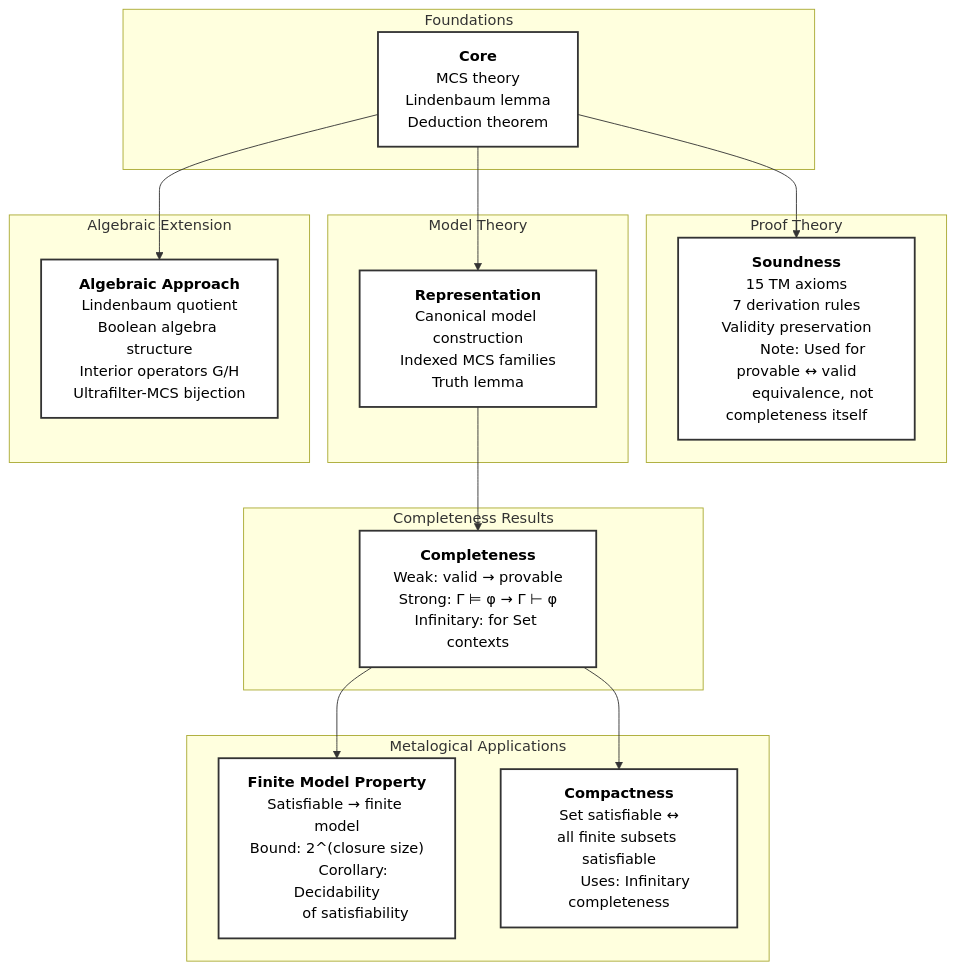
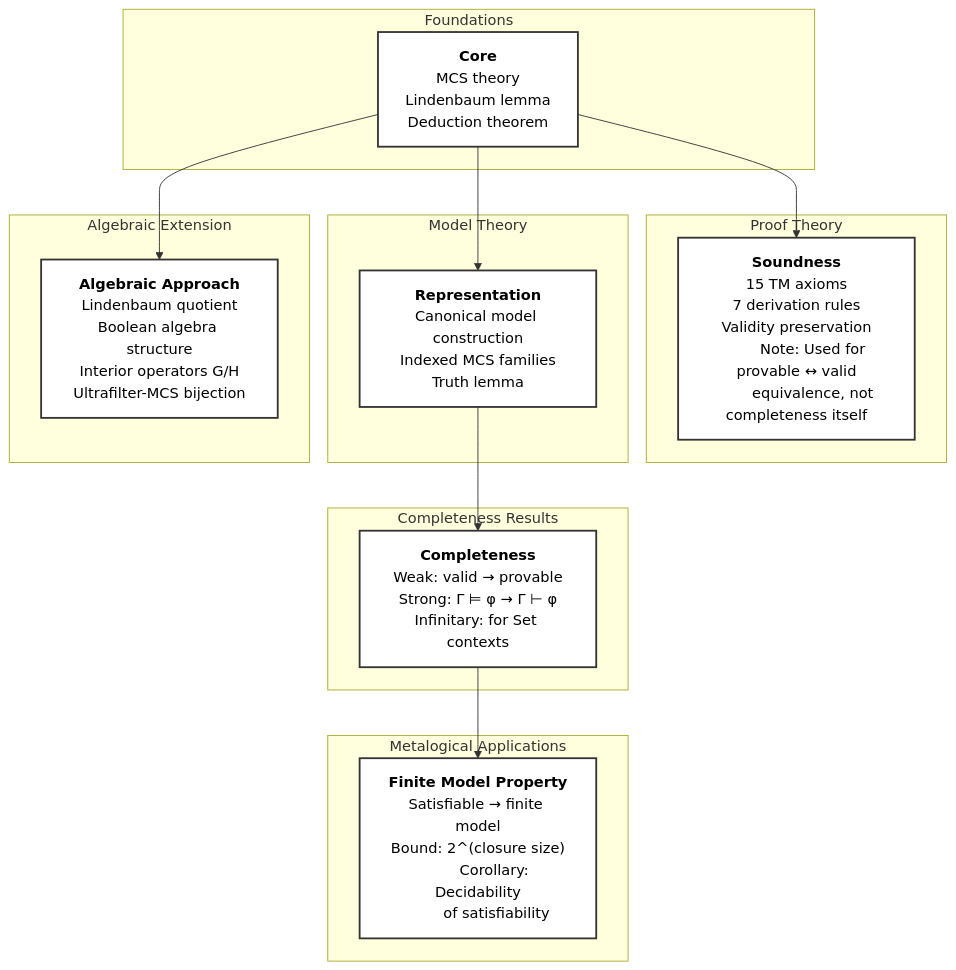
One commit to benbrastmckie/ProofChecker changed the diagram in Theories/Bimodal/Metalogic/README.md. Above: the diagram before and after it, drawn with Mermaid. The commit also changed other lines of this file and 25 other files, not shown here.

````diff
--- a/Theories/Bimodal/Metalogic/README.md
+++ b/Theories/Bimodal/Metalogic/README.md
@@ -92,64 +82,58 @@
 ```mermaid
 flowchart TD
     subgraph Foundations
         Core["`**Core**
         MCS theory
         Lindenbaum lemma
         Deduction theorem`"]
     end
 
     subgraph ProofTheory["Proof Theory"]
         Soundness["`**Soundness**
         15 TM axioms
         7 derivation rules
         Validity preservation
 
         Note: Used for provable ↔ valid
         equivalence, not completeness itself`"]
     end
 
     subgraph ModelTheory["Model Theory"]
         Representation["`**Representation**
         Canonical model construction
         Indexed MCS families
         Truth lemma`"]
     end
 
     subgraph CompletenessResults["Completeness Results"]
         Completeness["`**Completeness**
         Weak: valid → provable
         Strong: Γ ⊨ φ → Γ ⊢ φ
         Infinitary: for Set contexts`"]
     end
 
     subgraph MetalogicalApplications["Metalogical Applications"]
         FMP["`**Finite Model Property**
         Satisfiable → finite model
         Bound: 2^(closure size)
 
         Corollary: Decidability
         of satisfiability`"]
-        Compactness["`**Compactness**
-        Set satisfiable ↔
-        all finite subsets satisfiable
-
-        Uses: Infinitary completeness`"]
     end
 
     subgraph AlgebraicExtension["Algebraic Extension"]
         Algebraic["`**Algebraic Approach**
         Lindenbaum quotient
         Boolean algebra structure
         Interior operators G/H
         Ultrafilter-MCS bijection`"]
     end
 
     Core --> Soundness
     Core --> Representation
     Representation --> Completeness
     Completeness --> FMP
-    Completeness --> Compactness
     Core --> Algebraic
 
     classDef default fill:#fff,stroke:#333,stroke-width:2px,color:#000
 ```
````
